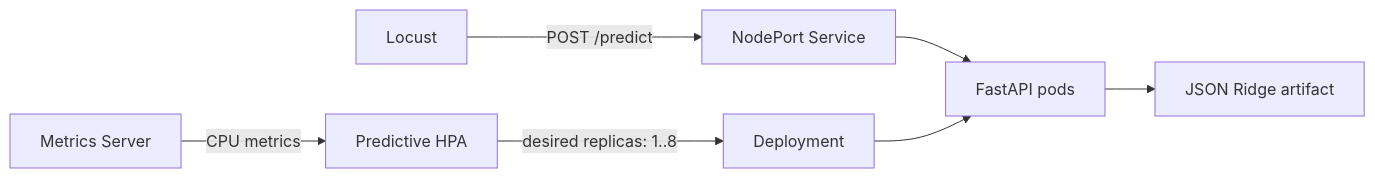
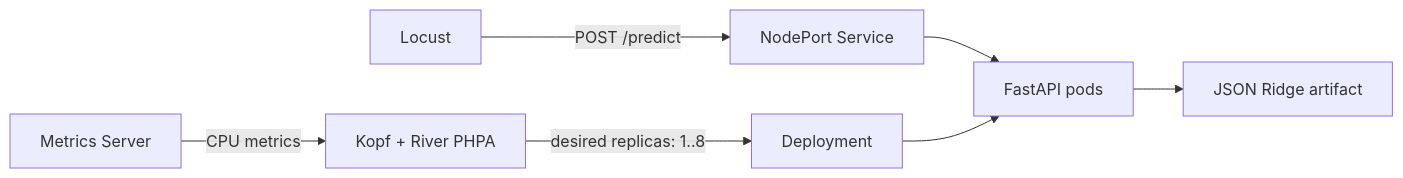
The diagram in README.md (itsmekhoathekid/predictive-hpa), drawn with Mermaid before and after one commit. The commit also changed other lines of this file and 7 other files, not shown here.

Commit message:
feat: integrate Kopf River predictive autoscaler

````diff
--- a/README.md
+++ b/README.md
@@ -15,9 +15,9 @@
 ```mermaid
 flowchart LR
     L[Locust] -->|POST /predict| S[NodePort Service]
     S --> P[FastAPI pods]
     P --> M[JSON Ridge artifact]
-    MS[Metrics Server] -->|CPU metrics| H[Predictive HPA]
+    MS[Metrics Server] -->|CPU metrics| H[Kopf + River PHPA]
     H -->|desired replicas: 1..8| D[Deployment]
     D --> P
 ```
````
